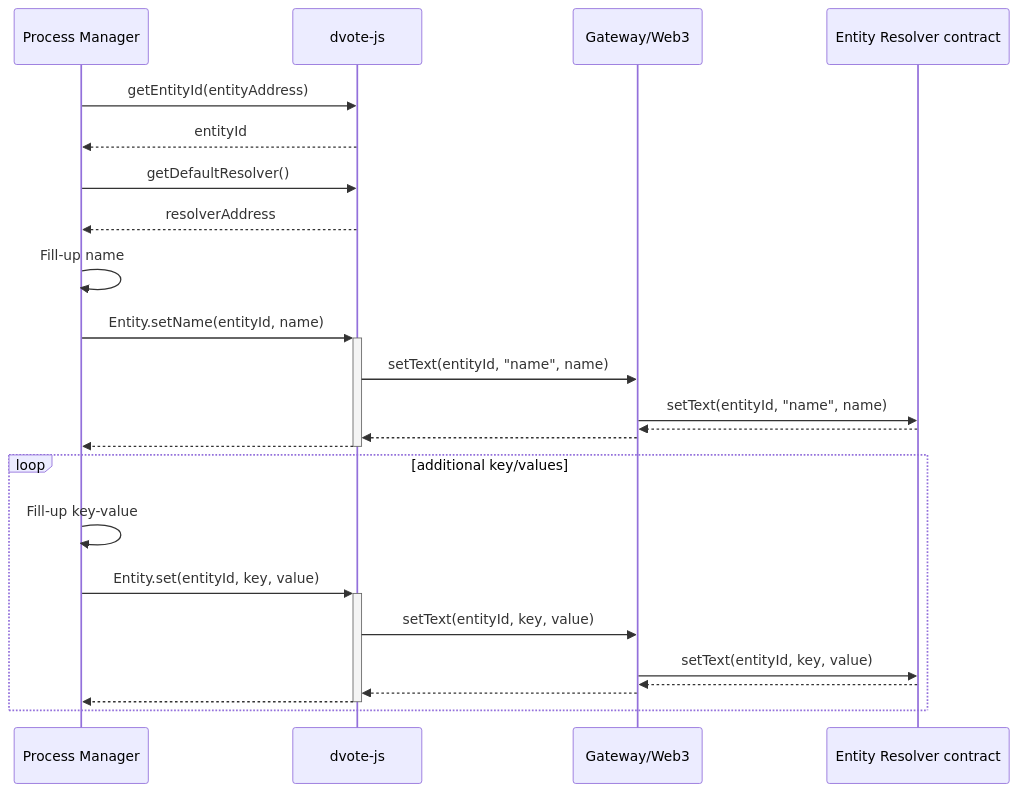
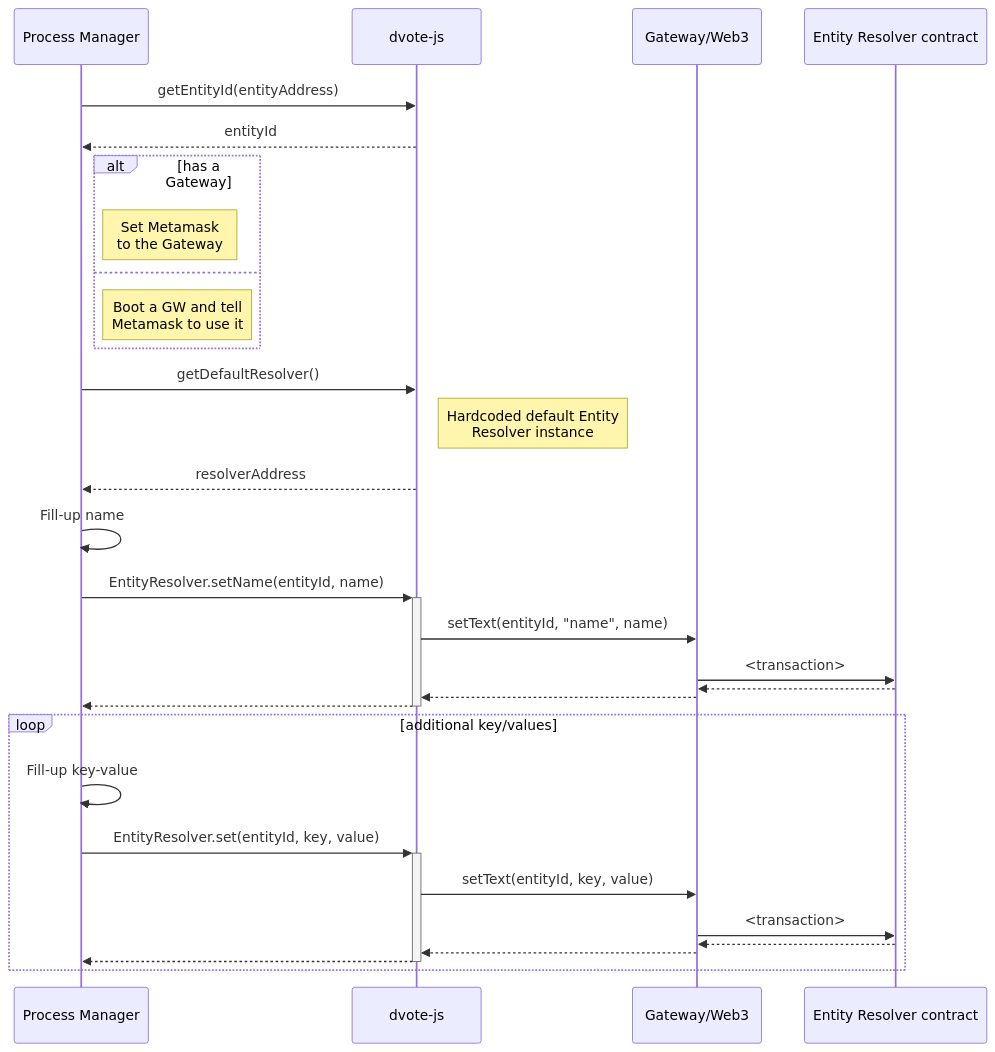
One commit to vocdoni/docs changed the first of 13 diagrams in docs/protocol/sequence-diagrams.md. Above: the diagram before and after it, drawn with Mermaid. The commit also changed other lines of this file and 1 other file, not shown here.

````diff
--- a/docs/protocol/sequence-diagrams.md
+++ b/docs/protocol/sequence-diagrams.md
@@ -71,33 +49,41 @@
 ```mermaid
 
 sequenceDiagram
     participant PM as Process Manager
     participant DV as dvote-js
     participant GW as Gateway/Web3
     participant ER as Entity Resolver contract
 
     PM->>DV: getEntityId(entityAddress)
     DV-->>PM: entityId
 
+    alt has a Gateway
+        Note right of PM: Set Metamask <br/> to the Gateway
+    else
+        Note right of PM: Boot a GW and tell <br/> Metamask to use it
+    end
+
     PM->>DV: getDefaultResolver()
+        Note right of DV: Hardcoded default Entity<br/>Resolver instance
     DV-->>PM: resolverAddress
 
+
     PM->>PM: Fill-up name
-    PM->>+DV: Entity.setName(entityId, name)
+    PM->>+DV: EntityResolver.setName(entityId, name)
         DV->>GW: setText(entityId, "name", name)
-            GW->>ER: setText(entityId, "name", name)
+            GW->>ER: <transaction>
             ER-->>GW: 
         GW-->>DV: 
     DV-->>-PM: 
 
     loop additional key/values
         PM->>PM: Fill-up key-value
-        PM->>+DV: Entity.set(entityId, key, value)
+        PM->>+DV: EntityResolver.set(entityId, key, value)
             DV->>GW: setText(entityId, key, value)
-                GW->>ER: setText(entityId, key, value)
+                GW->>ER: <transaction>
                 ER-->>GW: 
             GW-->>DV: 
         DV-->>-PM: 
     end
 
 ```
````
